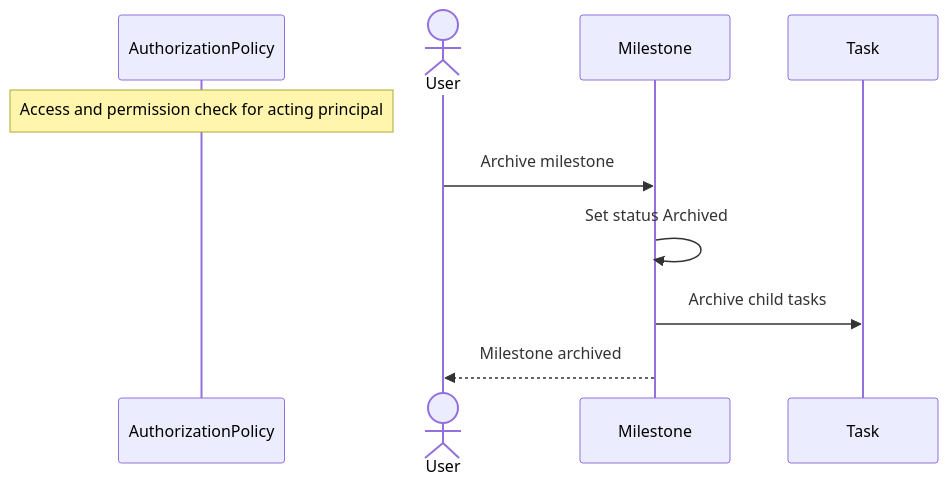
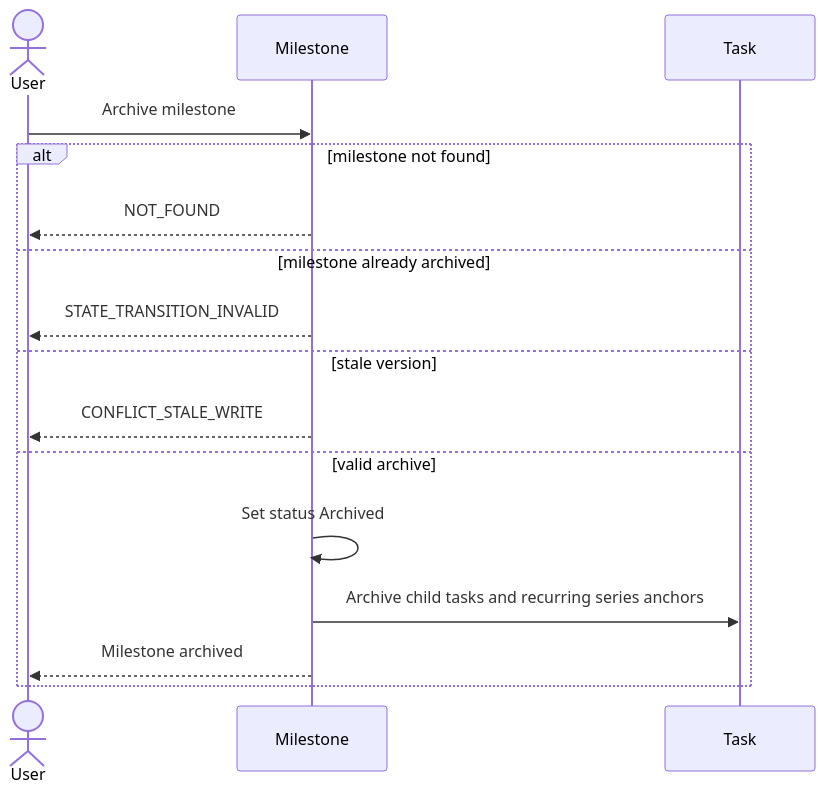
Diagram 11 of 13 in architecture/sequence-diagrams/02-aspects-milestones.md (ChidiRnweke/margin), drawn with Mermaid before and after one commit. The commit also changed other lines of this file and 12 other files, not shown here.

Commit message:
Enhance sequence diagrams and introduce traceability matrix

````diff
--- a/architecture/sequence-diagrams/02-aspects-milestones.md
+++ b/architecture/sequence-diagrams/02-aspects-milestones.md
@@ -168,12 +232,18 @@
 ```mermaid
 sequenceDiagram
-    participant G as AuthorizationPolicy
-    Note over G: Access and permission check for acting principal
     actor U as User
     participant M as Milestone
     participant T as Task
     U->>M: Archive milestone
-    M->>M: Set status Archived
-    M->>T: Archive child tasks
-    M-->>U: Milestone archived
+    alt milestone not found
+        M-->>U: NOT_FOUND
+    else milestone already archived
+        M-->>U: STATE_TRANSITION_INVALID
+    else stale version
+        M-->>U: CONFLICT_STALE_WRITE
+    else valid archive
+        M->>M: Set status Archived
+        M->>T: Archive child tasks and recurring series anchors
+        M-->>U: Milestone archived
+    end
 ```
````
